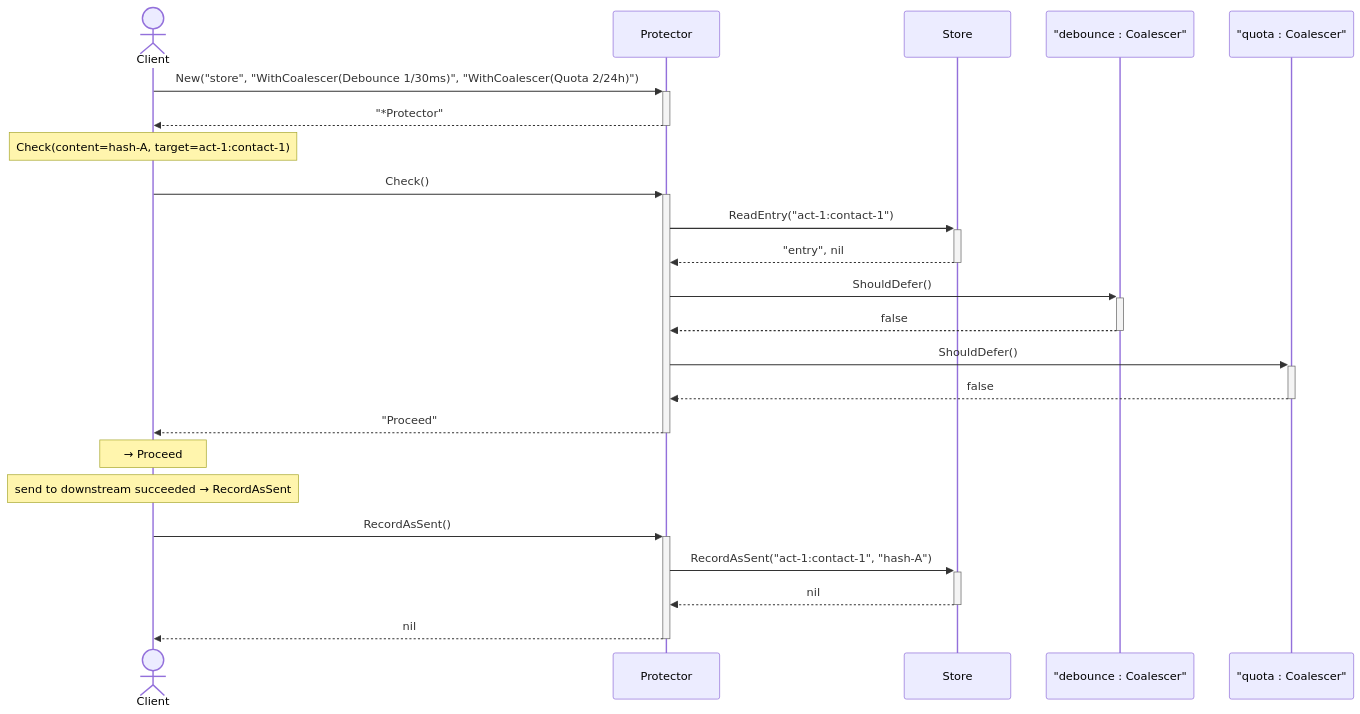
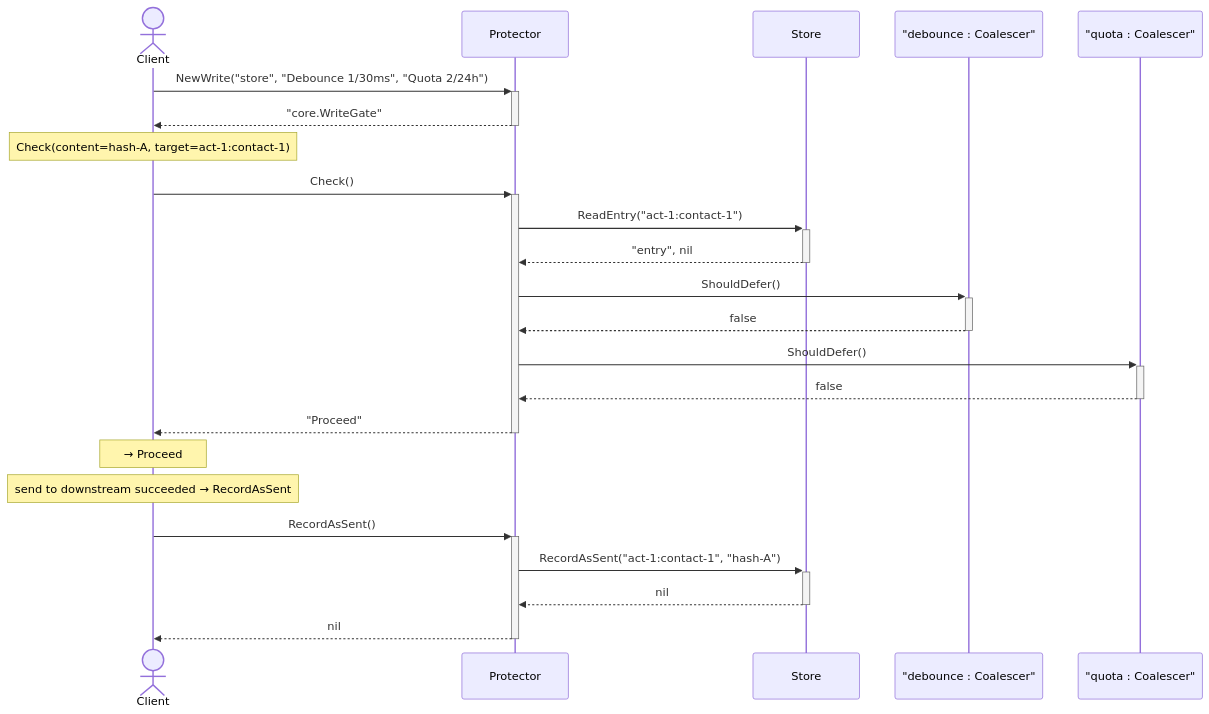
The first of 6 diagrams in internal/core/sequence_test.md (homemade/pith), drawn with Mermaid before and after one commit. The commit also changed other lines of this file and 14 other files, not shown here.

Commit message:
Introduce capability typed ReadProtector/WriteProtector

````diff
--- a/internal/core/sequence_test.md
+++ b/internal/core/sequence_test.md
@@ -7,26 +7,26 @@
 ```mermaid
 sequenceDiagram
     actor Client
     participant Protector
     participant Store
     participant Debounce as "debounce : Coalescer"
     participant Quota as "quota : Coalescer"
 
-    Client->>+Protector: New("store", "WithCoalescer(Debounce 1/30ms)", "WithCoalescer(Quota 2/24h)")
-    Protector-->>-Client: "*Protector"
+    Client->>+Protector: NewWrite("store", "Debounce 1/30ms", "Quota 2/24h")
+    Protector-->>-Client: "core.WriteGate"
     Note over Client: Check(content=hash-A, target=act-1:contact-1)
     Client->>+Protector: Check()
     Protector->>+Store: ReadEntry("act-1:contact-1")
     Store-->>-Protector: "entry", nil
     Protector->>+Debounce: ShouldDefer()
     Debounce-->>-Protector: false
     Protector->>+Quota: ShouldDefer()
     Quota-->>-Protector: false
     Protector-->>-Client: "Proceed"
     Note over Client: → Proceed
     Note over Client: send to downstream succeeded → RecordAsSent
     Client->>+Protector: RecordAsSent()
     Protector->>+Store: RecordAsSent("act-1:contact-1", "hash-A")
     Store-->>-Protector: nil
     Protector-->>-Client: nil
 ```
````
